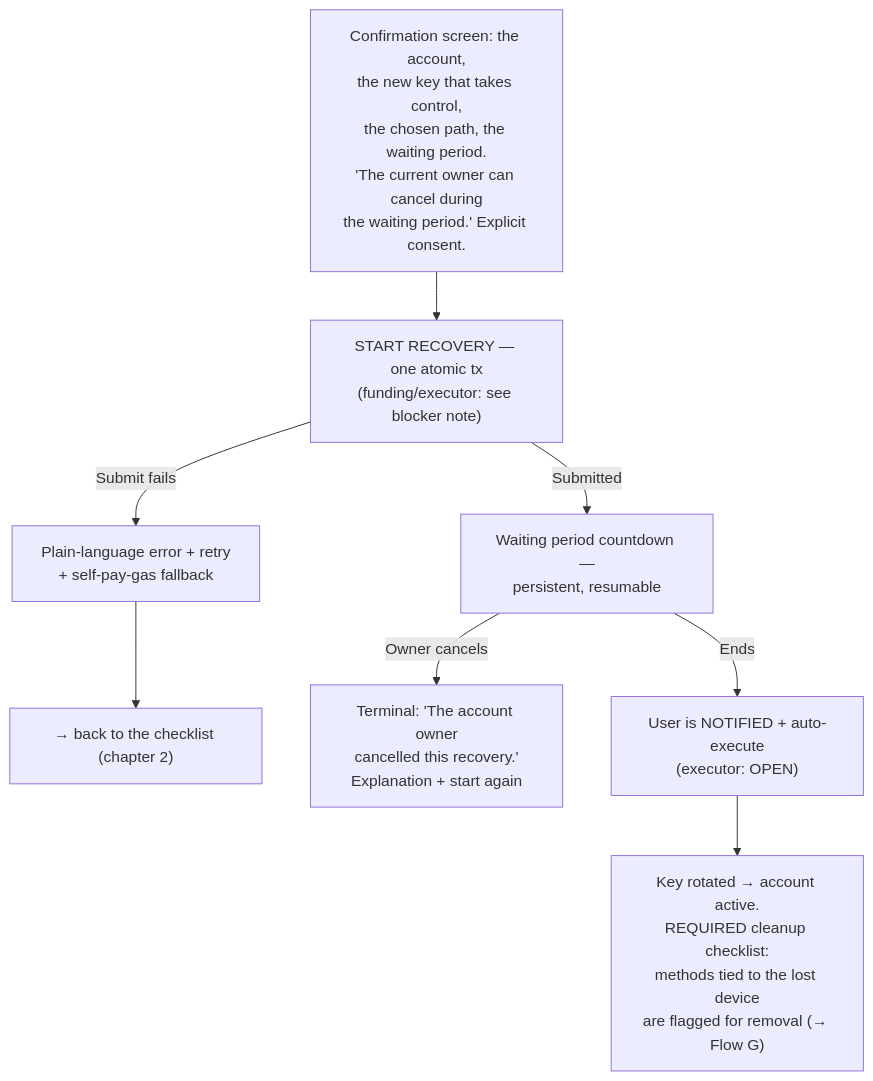
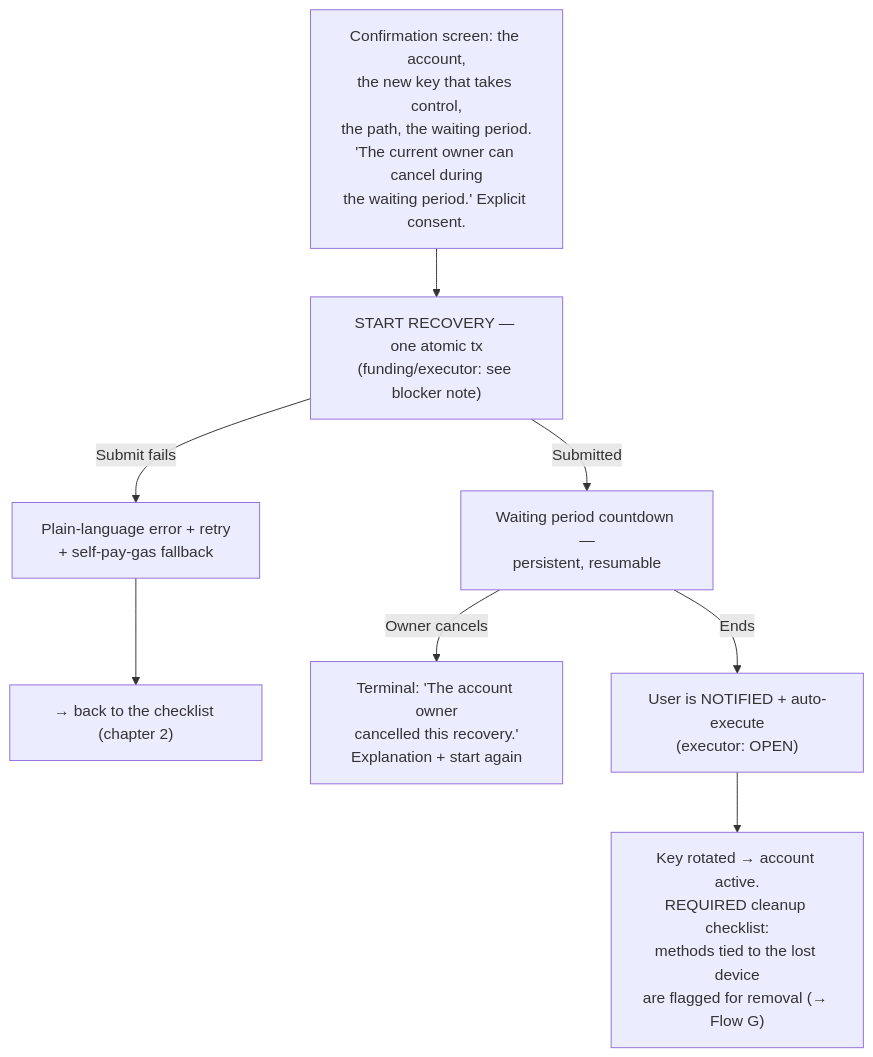
The seventh of 14 diagrams in social-recovery-ux-flows.md (FiboAtWonder/kohaku-extension), drawn with Mermaid before and after one commit. The commit also changed other lines of this file and 1 other file, not shown here.

Commit message:
docs: single-path model — decisions 73-78 (one recovery path, 24h floor, zk-email receive+upload, 4337 focus)

````diff
--- a/social-recovery-ux-flows.md
+++ b/social-recovery-ux-flows.md
@@ -307,12 +313,12 @@
 ```mermaid
 flowchart TD
-    CF["Confirmation screen: the account,<br/>the new key that takes control,<br/>the chosen path, the waiting period.<br/>'The current owner can cancel during<br/>the waiting period.' Explicit consent."] --> I["START RECOVERY — one atomic tx<br/>(funding/executor: see blocker note)"]
+    CF["Confirmation screen: the account,<br/>the new key that takes control,<br/>the path, the waiting period.<br/>'The current owner can cancel during<br/>the waiting period.' Explicit consent."] --> I["START RECOVERY — one atomic tx<br/>(funding/executor: see blocker note)"]
     I -->|Submit fails| I2["Plain-language error + retry<br/>+ self-pay-gas fallback"]
     I2 --> BK["→ back to the checklist (chapter 2)"]
     I -->|Submitted| J["Waiting period countdown —<br/>persistent, resumable"]
     J -->|Owner cancels| XC["Terminal: 'The account owner<br/>cancelled this recovery.'<br/>Explanation + start again"]
     J -->|Ends| K["User is NOTIFIED + auto-execute<br/>(executor: OPEN)"]
     K --> L["Key rotated → account active.<br/>REQUIRED cleanup checklist:<br/>methods tied to the lost device<br/>are flagged for removal (→ Flow G)"]
 
-    click L href "#flow-g--recovery-paths--method-management"
+    click L href "#flow-g--recovery-path--method-management"
 ```
````
